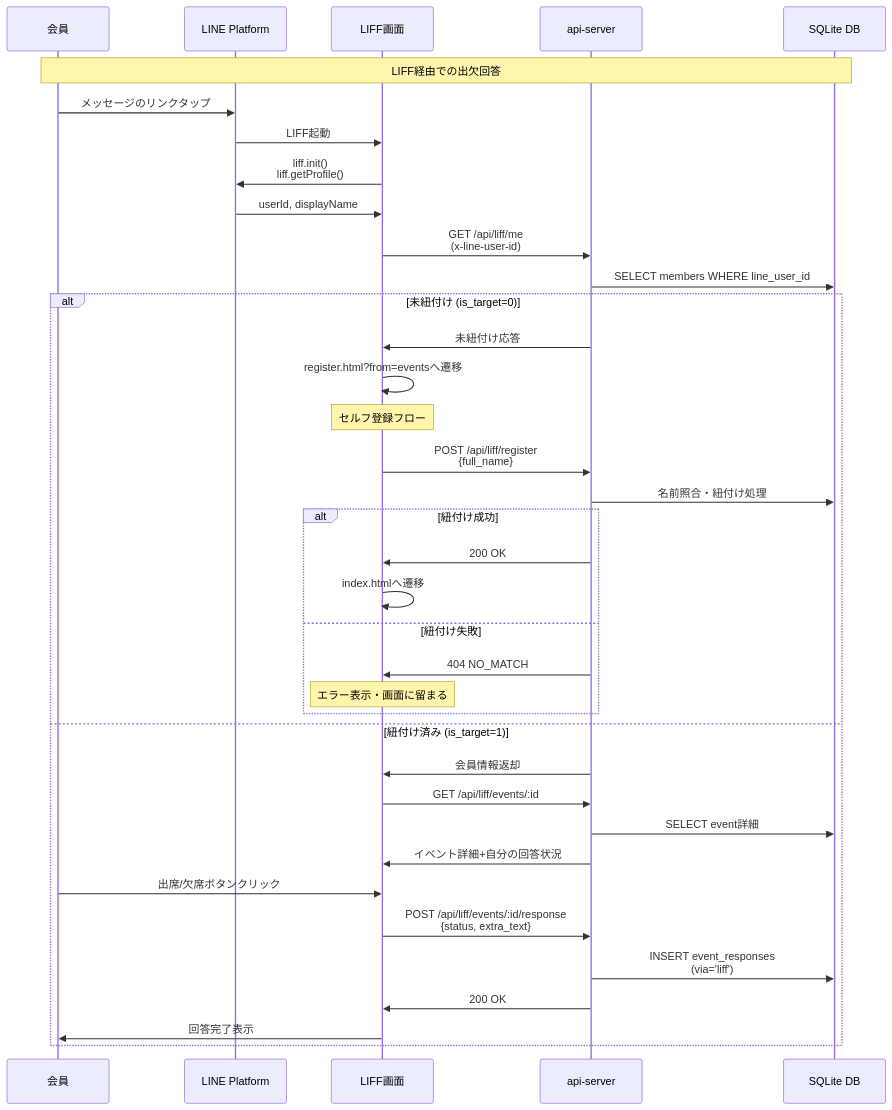
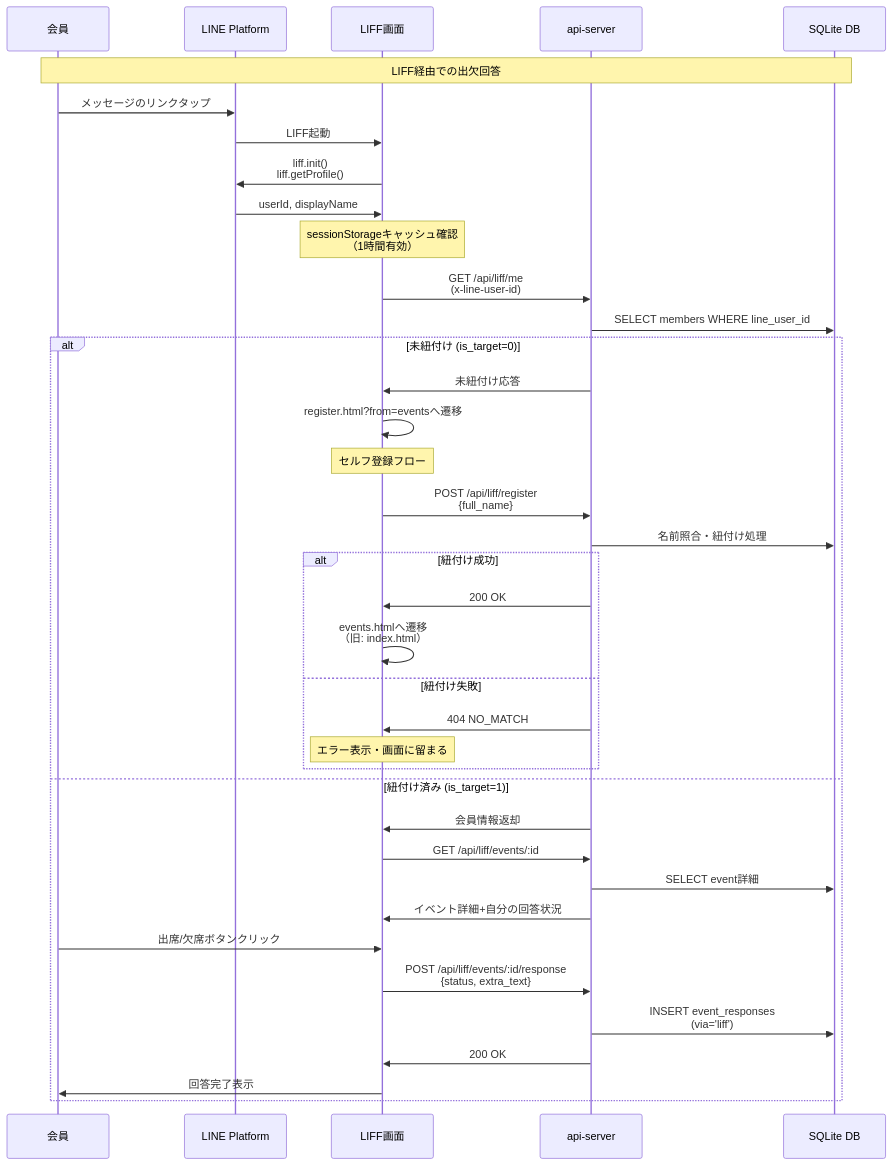
One commit to hanaki-tn/rcline changed the fourth of 10 diagrams in docs/100_設計/132_外部連携図.md. Above: the diagram before and after it, drawn with Mermaid. The commit also changed other lines of this file and 10 other files, not shown here.

````diff
--- a/docs/100_設計/132_外部連携図.md
+++ b/docs/100_設計/132_外部連携図.md
@@ -140,44 +142,46 @@
 ```mermaid
 sequenceDiagram
     participant U as 会員
     participant L as LINE Platform
     participant LIFF as LIFF画面
     participant A as api-server
     participant D as SQLite DB
     
     Note over U,D: LIFF経由での出欠回答
     
     U->>L: メッセージのリンクタップ
     L->>LIFF: LIFF起動
     LIFF->>L: liff.init()<br/>liff.getProfile()
     L->>LIFF: userId, displayName
+
+    Note over LIFF: sessionStorageキャッシュ確認<br/>（1時間有効）
     
     LIFF->>A: GET /api/liff/me<br/>(x-line-user-id)
     A->>D: SELECT members WHERE line_user_id
     
     alt 未紐付け (is_target=0)
         A->>LIFF: 未紐付け応答
         LIFF->>LIFF: register.html?from=eventsへ遷移
         Note over LIFF: セルフ登録フロー
         LIFF->>A: POST /api/liff/register<br/>{full_name}
         A->>D: 名前照合・紐付け処理
         alt 紐付け成功
             A->>LIFF: 200 OK
-            LIFF->>LIFF: index.htmlへ遷移
+            LIFF->>LIFF: events.htmlへ遷移<br/>（旧: index.html）
         else 紐付け失敗
             A->>LIFF: 404 NO_MATCH
             Note over LIFF: エラー表示・画面に留まる
         end
     else 紐付け済み (is_target=1)
         A->>LIFF: 会員情報返却
         LIFF->>A: GET /api/liff/events/:id
         A->>D: SELECT event詳細
         A->>LIFF: イベント詳細+自分の回答状況
         
         U->>LIFF: 出席/欠席ボタンクリック
         LIFF->>A: POST /api/liff/events/:id/response<br/>{status, extra_text}
         A->>D: INSERT event_responses<br/>(via='liff')
         A->>LIFF: 200 OK
         LIFF->>U: 回答完了表示
     end
 ```
````
